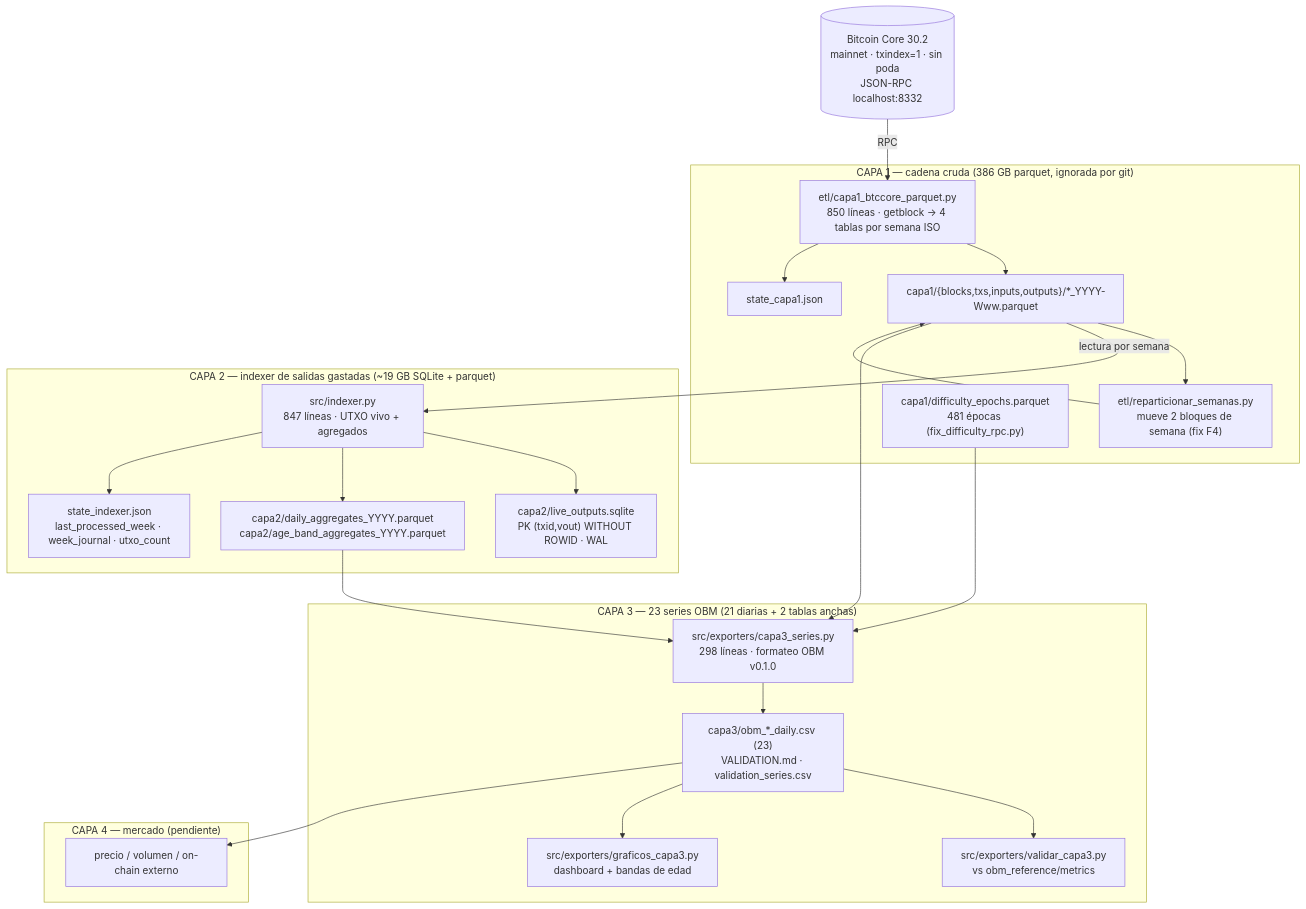
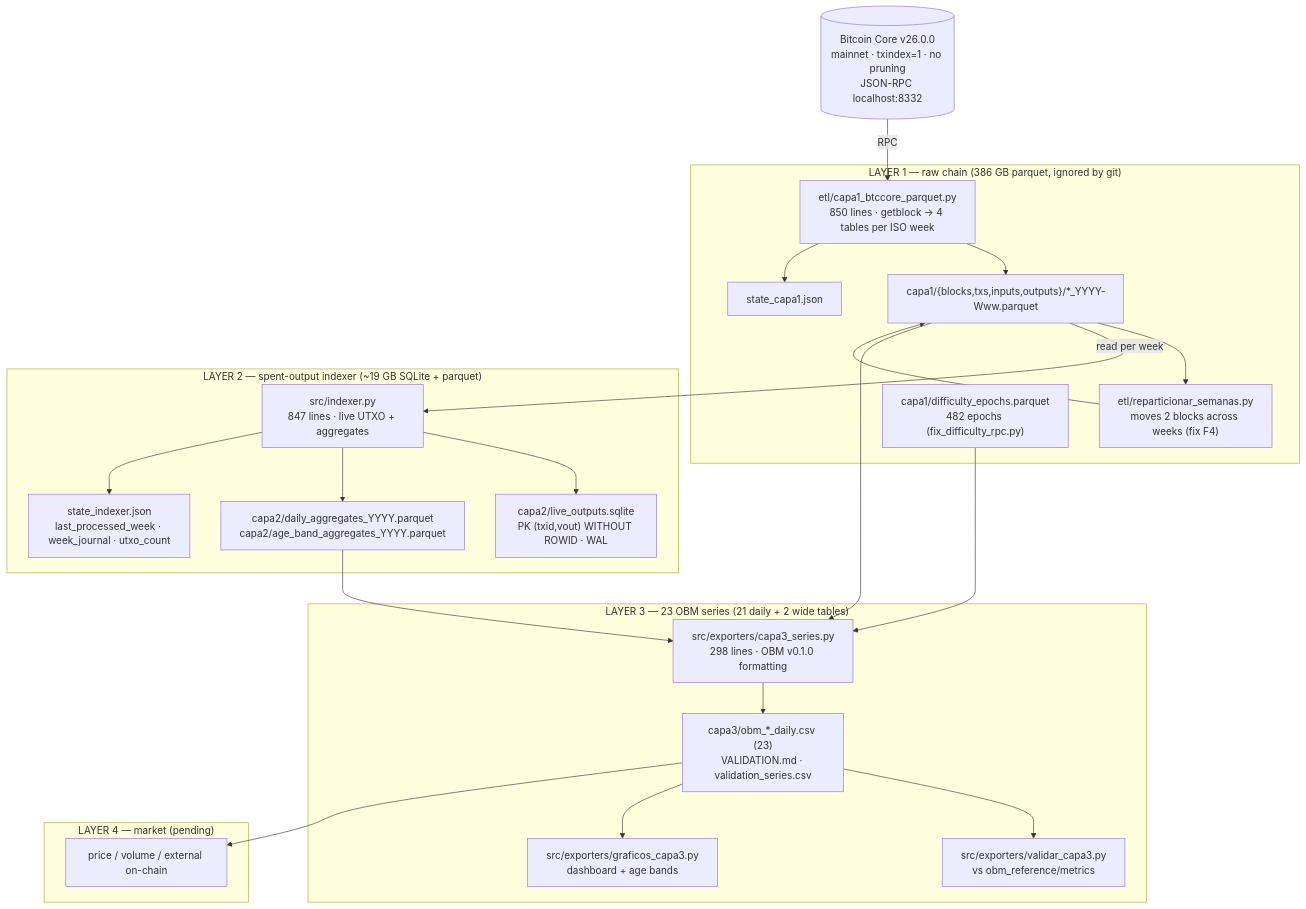
The diagram in docs/MAPA_CODIGO.md (byron92m-stack/full_bitcoin_node), drawn with Mermaid before and after one commit. The commit also changed other lines of this file and 22 other files, not shown here.

````diff
--- a/docs/MAPA_CODIGO.md
+++ b/docs/MAPA_CODIGO.md
@@ -10,46 +10,46 @@
 ```mermaid
 flowchart TD
-    NODE[("Bitcoin Core 30.2<br/>mainnet · txindex=1 · sin poda<br/>JSON-RPC localhost:8332")]
+    NODE[("Bitcoin Core v26.0.0<br/>mainnet · txindex=1 · no pruning<br/>JSON-RPC localhost:8332")]
 
-    subgraph L1["CAPA 1 — cadena cruda (386 GB parquet, ignorada por git)"]
-        ETL["etl/capa1_btccore_parquet.py<br/>850 líneas · getblock → 4 tablas por semana ISO"]
-        REPART["etl/reparticionar_semanas.py<br/>mueve 2 bloques de semana (fix F4)"]
+    subgraph L1["LAYER 1 — raw chain (386 GB parquet, ignored by git)"]
+        ETL["etl/capa1_btccore_parquet.py<br/>850 lines · getblock → 4 tables per ISO week"]
+        REPART["etl/reparticionar_semanas.py<br/>moves 2 blocks across weeks (fix F4)"]
         C1D["capa1/{blocks,txs,inputs,outputs}/*_YYYY-Www.parquet"]
-        C1E["capa1/difficulty_epochs.parquet<br/>481 épocas (fix_difficulty_rpc.py)"]
+        C1E["capa1/difficulty_epochs.parquet<br/>482 epochs (fix_difficulty_rpc.py)"]
         ST1["state_capa1.json"]
     end
 
-    subgraph L2["CAPA 2 — indexer de salidas gastadas (~19 GB SQLite + parquet)"]
-        IDX["src/indexer.py<br/>847 líneas · UTXO vivo + agregados"]
+    subgraph L2["LAYER 2 — spent-output indexer (~19 GB SQLite + parquet)"]
+        IDX["src/indexer.py<br/>847 lines · live UTXO + aggregates"]
         DB["capa2/live_outputs.sqlite<br/>PK (txid,vout) WITHOUT ROWID · WAL"]
         AGG["capa2/daily_aggregates_YYYY.parquet<br/>capa2/age_band_aggregates_YYYY.parquet"]
         ST2["state_indexer.json<br/>last_processed_week · week_journal · utxo_count"]
     end
 
-    subgraph L3["CAPA 3 — 23 series OBM (21 diarias + 2 tablas anchas)"]
-        EXP["src/exporters/capa3_series.py<br/>298 líneas · formateo OBM v0.1.0"]
+    subgraph L3["LAYER 3 — 23 OBM series (21 daily + 2 wide tables)"]
+        EXP["src/exporters/capa3_series.py<br/>298 lines · OBM v0.1.0 formatting"]
         VAL["src/exporters/validar_capa3.py<br/>vs obm_reference/metrics"]
-        GRAF["src/exporters/graficos_capa3.py<br/>dashboard + bandas de edad"]
+        GRAF["src/exporters/graficos_capa3.py<br/>dashboard + age bands"]
         C3["capa3/obm_*_daily.csv (23)<br/>VALIDATION.md · validation_series.csv"]
     end
 
-    subgraph L4["CAPA 4 — mercado (pendiente)"]
-        MKT["precio / volumen / on-chain externo"]
+    subgraph L4["LAYER 4 — market (pending)"]
+        MKT["price / volume / external on-chain"]
     end
 
     NODE -->|RPC| ETL
     ETL --> C1D
     ETL --> ST1
     C1D --> REPART --> C1D
-    C1D -->|"lectura por semana"| IDX
+    C1D -->|"read per week"| IDX
     IDX --> DB
     IDX --> AGG
     IDX --> ST2
     C1D --> EXP
     AGG --> EXP
     C1E --> EXP
     EXP --> C3
     C3 --> VAL
     C3 --> GRAF
     C3 --> MKT
 ```
````
